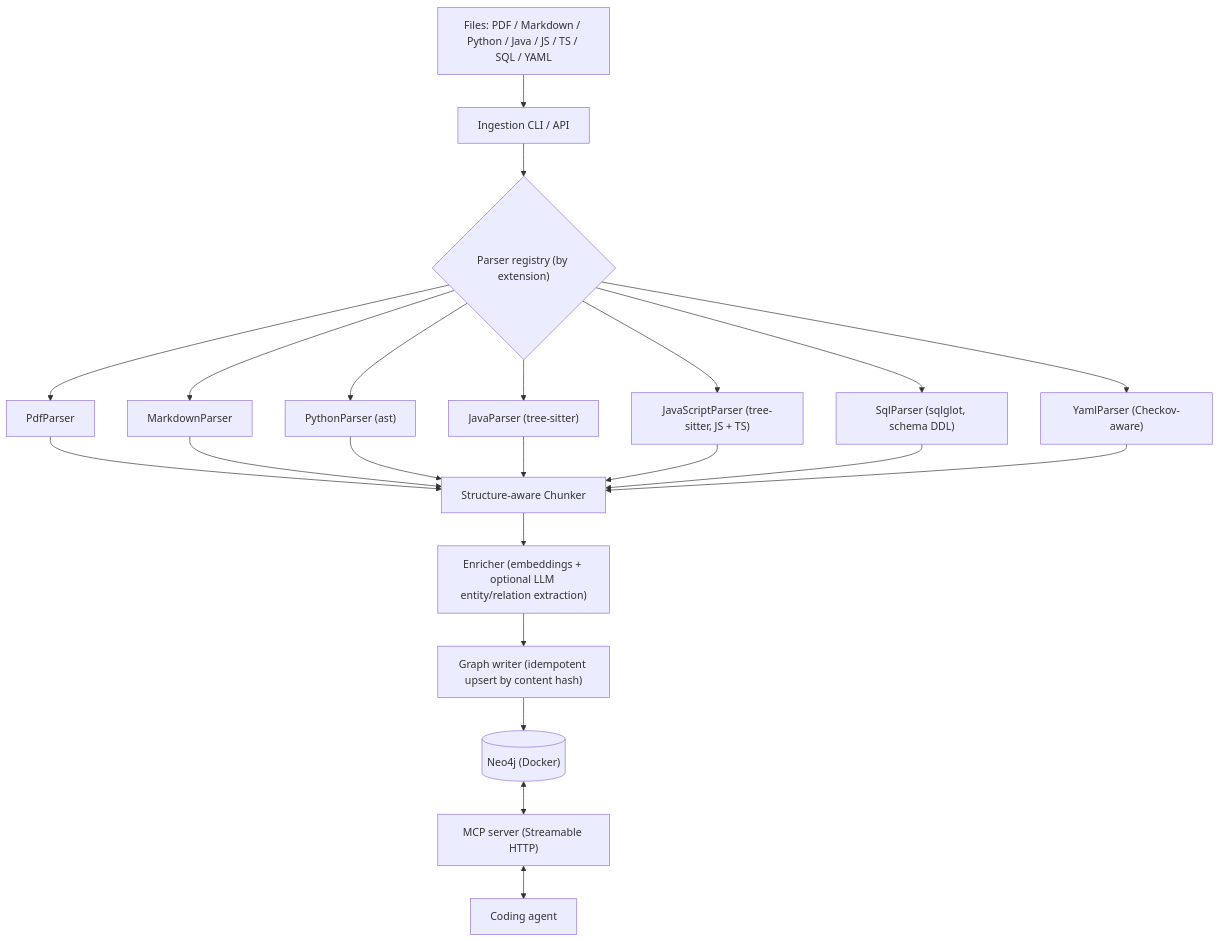
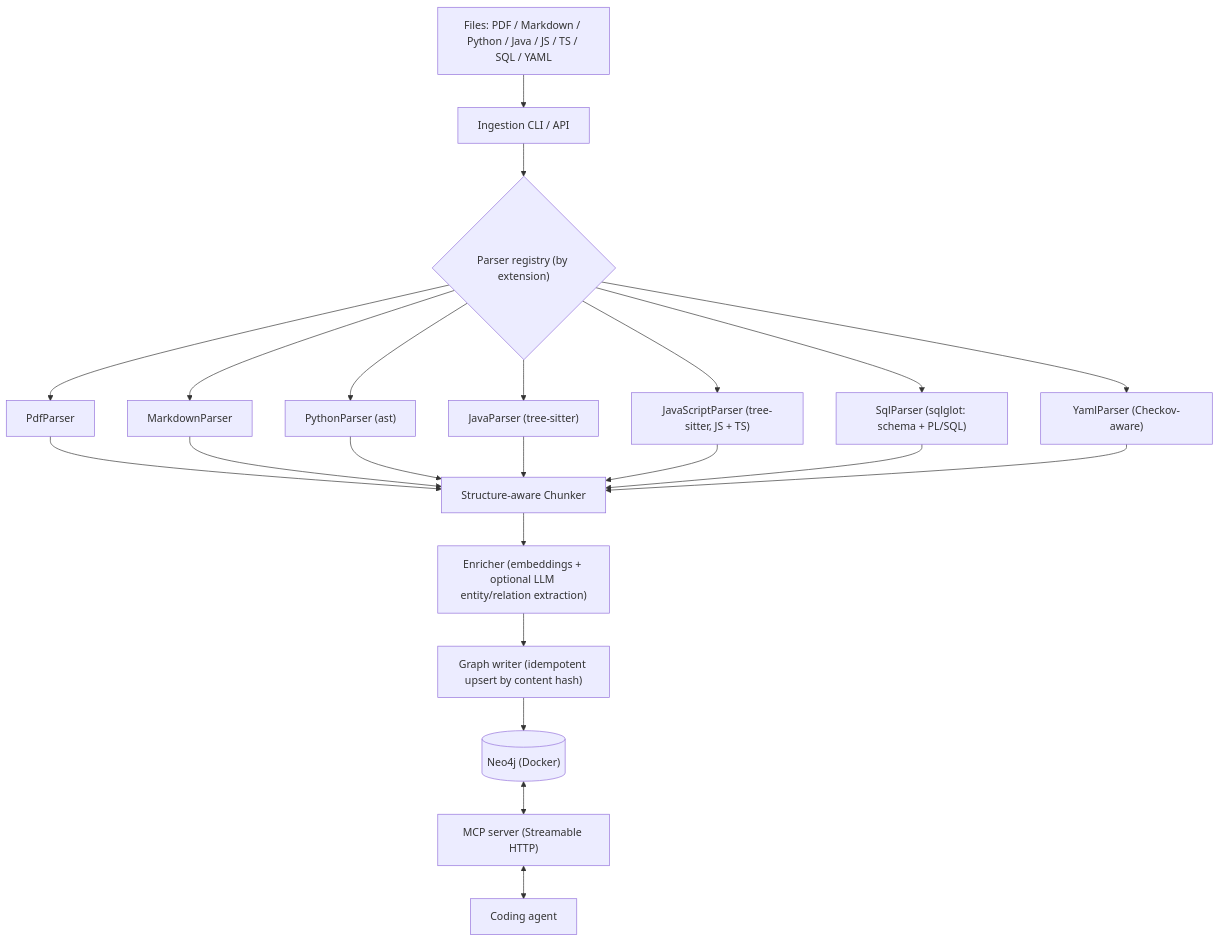
The diagram in README.md (tmustafiz/graph-rag), drawn with Mermaid before and after one commit. The commit also changed other lines of this file and 12 other files, not shown here.

````diff
--- a/README.md
+++ b/README.md
@@ -346,24 +347,24 @@
 ```mermaid
 flowchart TD
     A["Files: PDF / Markdown / Python / Java / JS / TS / SQL / YAML"] --> B["Ingestion CLI / API"]
     B --> C{"Parser registry (by extension)"}
     C --> C1["PdfParser"]
     C --> C2["MarkdownParser"]
     C --> C3["PythonParser (ast)"]
     C --> C4["JavaParser (tree-sitter)"]
     C --> C5["JavaScriptParser (tree-sitter, JS + TS)"]
-    C --> C6["SqlParser (sqlglot, schema DDL)"]
+    C --> C6["SqlParser (sqlglot: schema + PL/SQL)"]
     C --> C7["YamlParser (Checkov-aware)"]
     C1 --> D["Structure-aware Chunker"]
     C2 --> D
     C3 --> D
     C4 --> D
     C5 --> D
     C6 --> D
     C7 --> D
     D --> E["Enricher (embeddings + optional LLM entity/relation extraction)"]
     E --> F["Graph writer (idempotent upsert by content hash)"]
     F --> G[("Neo4j (Docker)")]
     G <--> H["MCP server (Streamable HTTP)"]
     H <--> I["Coding agent"]
 ```
````
